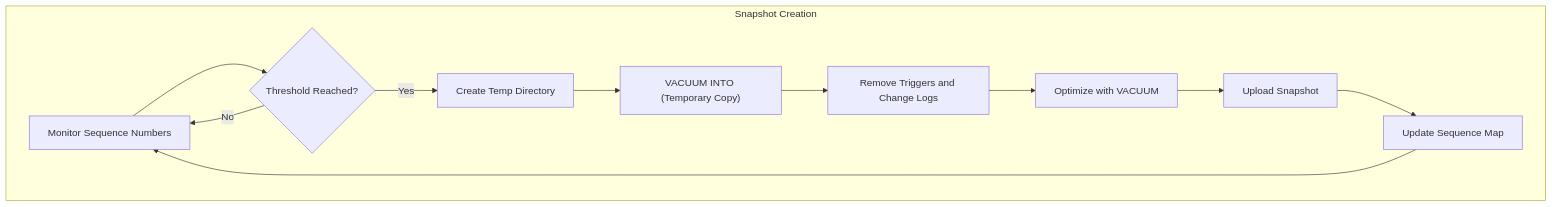
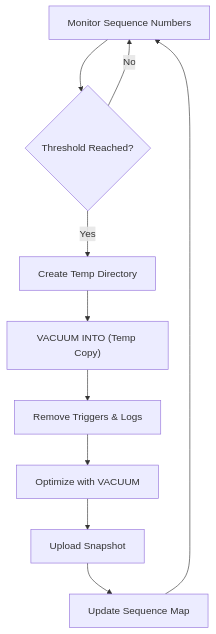
One commit to wongfei2009/harmonylite changed the fourth of 7 diagrams in docs/docs/internals.md. Above: the diagram before and after it, drawn with Mermaid. The commit also changed other lines of this file, not shown here.

````diff
--- a/docs/docs/internals.md
+++ b/docs/docs/internals.md
@@ -179,14 +219,12 @@
 ```mermaid
 graph TB
-    subgraph "Snapshot Creation"
-        A[Monitor Sequence Numbers] --> B{Threshold Reached?}
-        B -->|Yes| C[Create Temp Directory]
-        B -->|No| A
-        C --> D["VACUUM INTO (Temporary Copy)"]
-        D --> E[Remove Triggers and Change Logs]
-        E --> F[Optimize with VACUUM]
-        F --> G[Upload Snapshot]
-        G --> H[Update Sequence Map]
-        H --> A
-    end
+    A[Monitor Sequence Numbers] --> B{Threshold Reached?}
+    B -->|Yes| C[Create Temp Directory]
+    B -->|No| A
+    C --> D["VACUUM INTO (Temp Copy)"]
+    D --> E[Remove Triggers & Logs]
+    E --> F[Optimize with VACUUM]
+    F --> G[Upload Snapshot]
+    G --> H[Update Sequence Map]
+    H --> A
 ```
````
